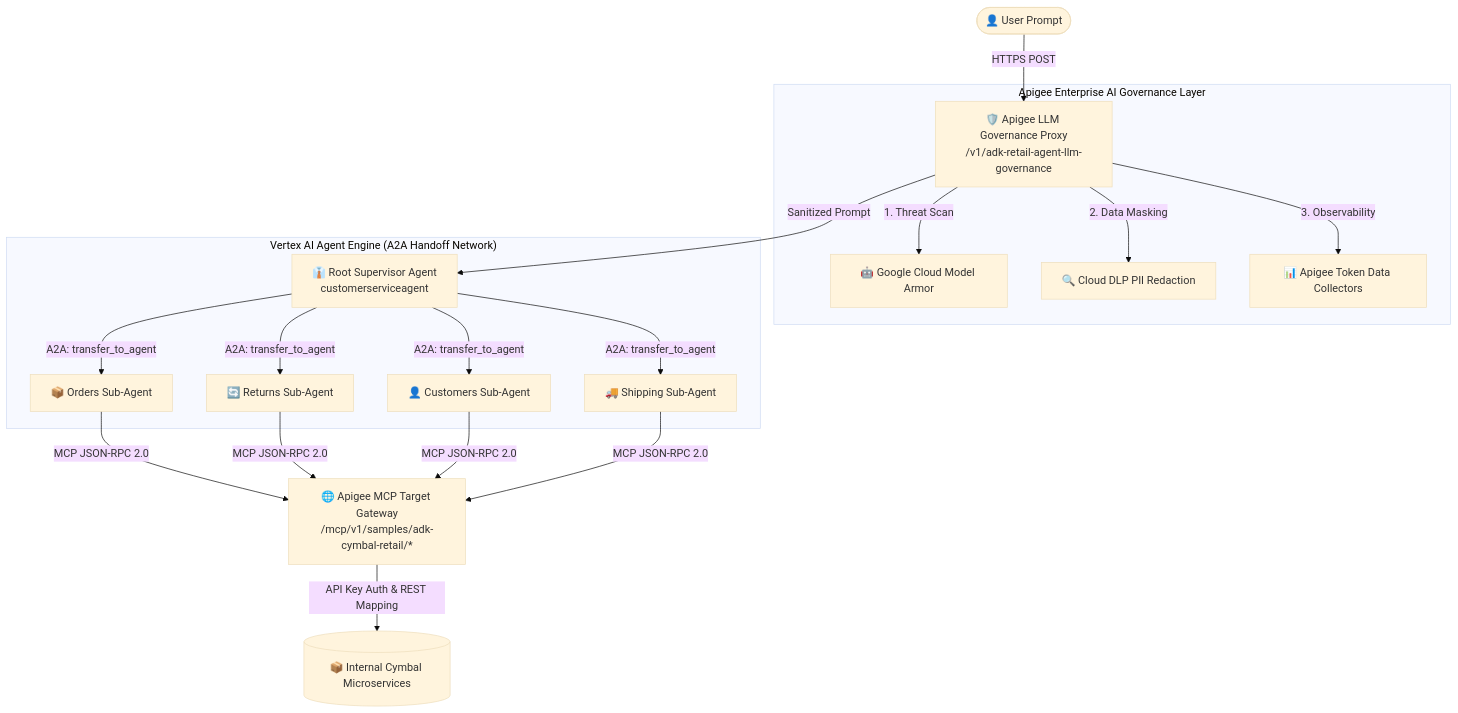
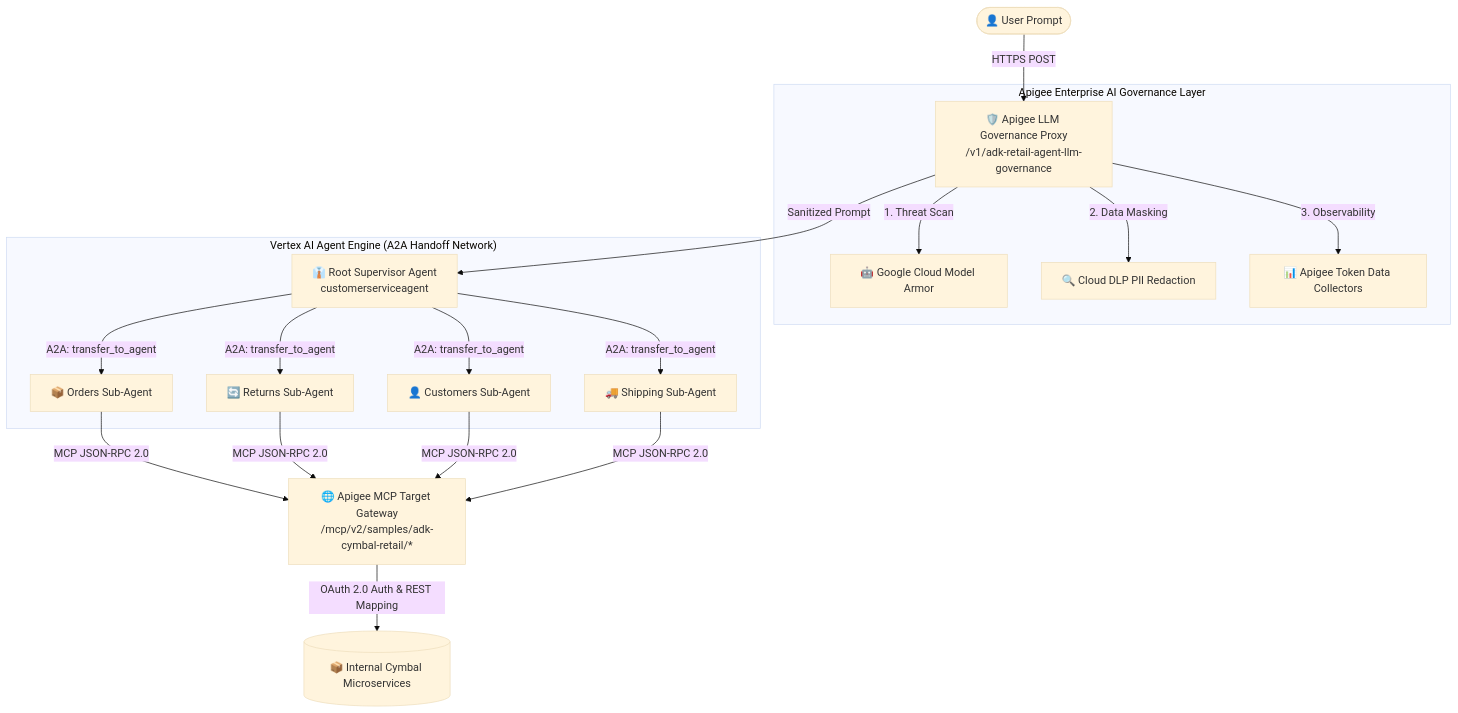
Before and after one commit to GoogleCloudPlatform/apigee-samples: the diagram in adk-cymbal-retail-agent/README.md, drawn with Mermaid (base theme). The commit also changed other lines of this file and 226 other files, not shown here.

Commit message:
feat: refactoring for new workshop structure and flow. major changes include switching to oauth2, and adding a version of the agent designed to run on agent runtime with agent gateway

````diff
--- a/adk-cymbal-retail-agent/README.md
+++ b/adk-cymbal-retail-agent/README.md
@@ -14,26 +14,26 @@
 ```mermaid
 graph TD
     User([👤 User Prompt]) -->|HTTPS POST| ApigeeGov[🛡️ Apigee LLM Governance Proxy<br>/v1/adk-retail-agent-llm-governance]
     
     subgraph "Apigee Enterprise AI Governance Layer"
         ApigeeGov -->|1. Threat Scan| ModelArmor[🤖 Google Cloud Model Armor]
         ApigeeGov -->|2. Data Masking| DLP[🔍 Cloud DLP PII Redaction]
         ApigeeGov -->|3. Observability| Analytics[📊 Apigee Token Data Collectors]
     end
     
     ApigeeGov -->|Sanitized Prompt| Supervisor[👔 Root Supervisor Agent<br>customerserviceagent]
     
     subgraph "Vertex AI Agent Engine (A2A Handoff Network)"
         Supervisor -->|A2A: transfer_to_agent| Orders[📦 Orders Sub-Agent]
         Supervisor -->|A2A: transfer_to_agent| Returns[🔄 Returns Sub-Agent]
         Supervisor -->|A2A: transfer_to_agent| Customers[👤 Customers Sub-Agent]
         Supervisor -->|A2A: transfer_to_agent| Shipping[🚚 Shipping Sub-Agent]
     end
     
-    Orders -->|MCP JSON-RPC 2.0| MCPGate[🌐 Apigee MCP Target Gateway<br>/mcp/v1/samples/adk-cymbal-retail/*]
+    Orders -->|MCP JSON-RPC 2.0| MCPGate[🌐 Apigee MCP Target Gateway<br>/mcp/v2/samples/adk-cymbal-retail/*]
     Returns -->|MCP JSON-RPC 2.0| MCPGate
     Customers -->|MCP JSON-RPC 2.0| MCPGate
     Shipping -->|MCP JSON-RPC 2.0| MCPGate
     
-    MCPGate -->|API Key Auth & REST Mapping| Services[(📦 Internal Cymbal Microservices)]
+    MCPGate -->|OAuth 2.0 Auth & REST Mapping| Services[(📦 Internal Cymbal Microservices)]
 ```
````
